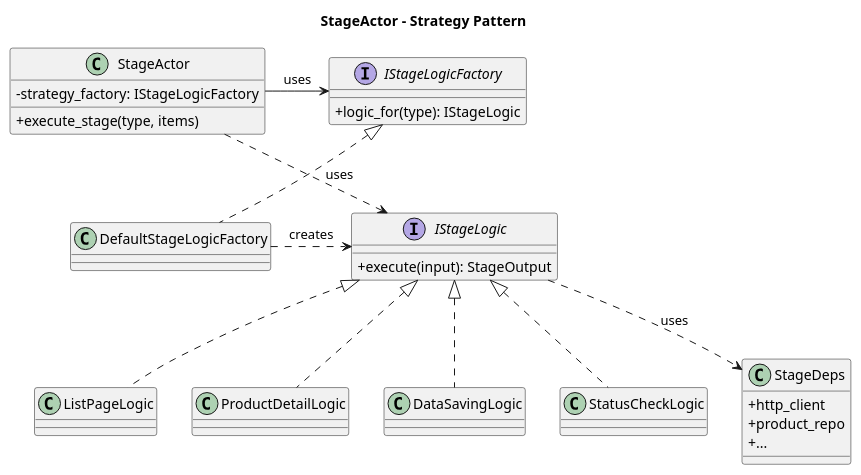
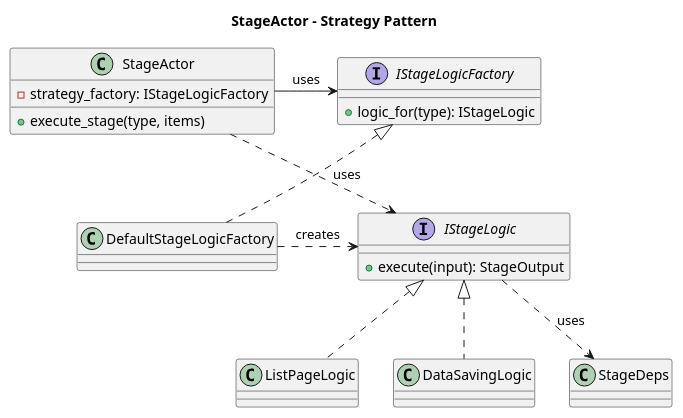
The ninth of 13 diagrams in docs/architecture.md (Chanseok/rMatterCertis), drawn with PlantUML before and after one commit. The commit also changed other lines of this file and 23 other files, not shown here.

````diff
--- a/docs/architecture.md
+++ b/docs/architecture.md
@@ -269,40 +319,25 @@
 ```plantuml
 @startuml StageActorStrategyPattern
-
 title StageActor - Strategy Pattern
-
-skinparam classAttributeIconSize 0
 
 class StageActor {
   - strategy_factory: IStageLogicFactory
   + execute_stage(type, items)
 }
-
 interface IStageLogicFactory {
   + logic_for(type): IStageLogic
 }
-
 class DefaultStageLogicFactory implements IStageLogicFactory
-
 interface IStageLogic {
   + execute(input): StageOutput
 }
-
 class ListPageLogic implements IStageLogic
-class ProductDetailLogic implements IStageLogic
 class DataSavingLogic implements IStageLogic
-class StatusCheckLogic implements IStageLogic
-
-class StageDeps {
-  + http_client
-  + product_repo
-  + ...
-}
+class StageDeps
 
 StageActor -> IStageLogicFactory : uses
 DefaultStageLogicFactory .> IStageLogic : creates
 StageActor ..> IStageLogic : uses
 IStageLogic ..> StageDeps : uses
-
 @enduml
 ```
````
